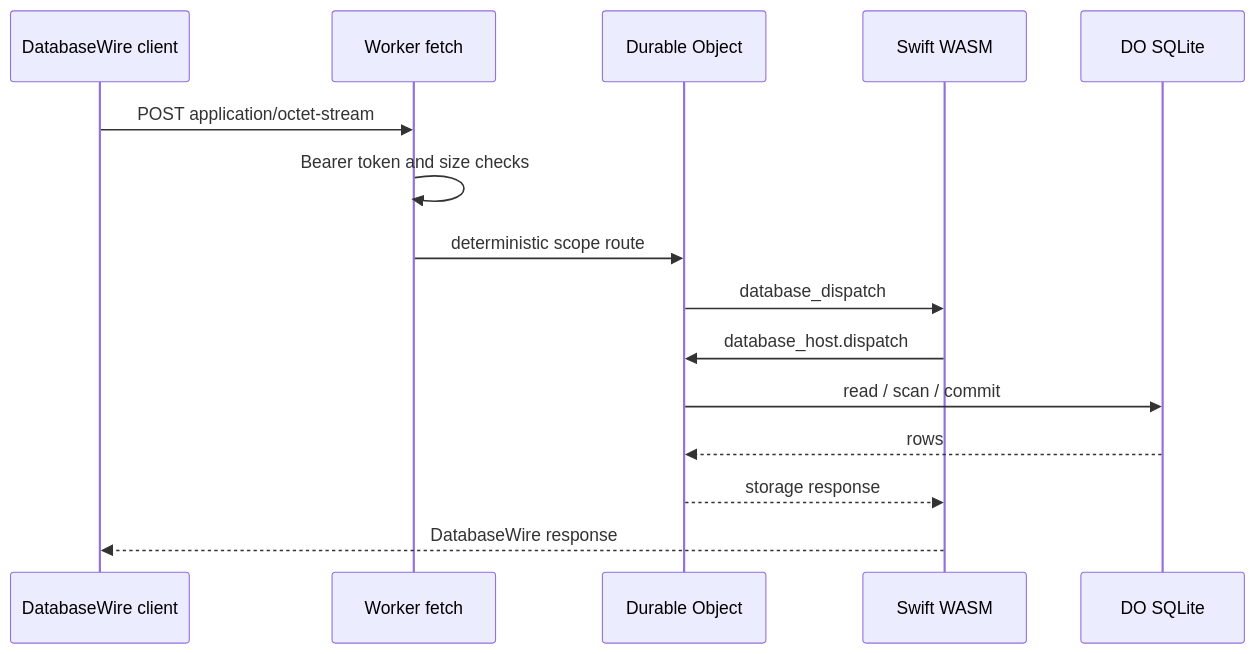
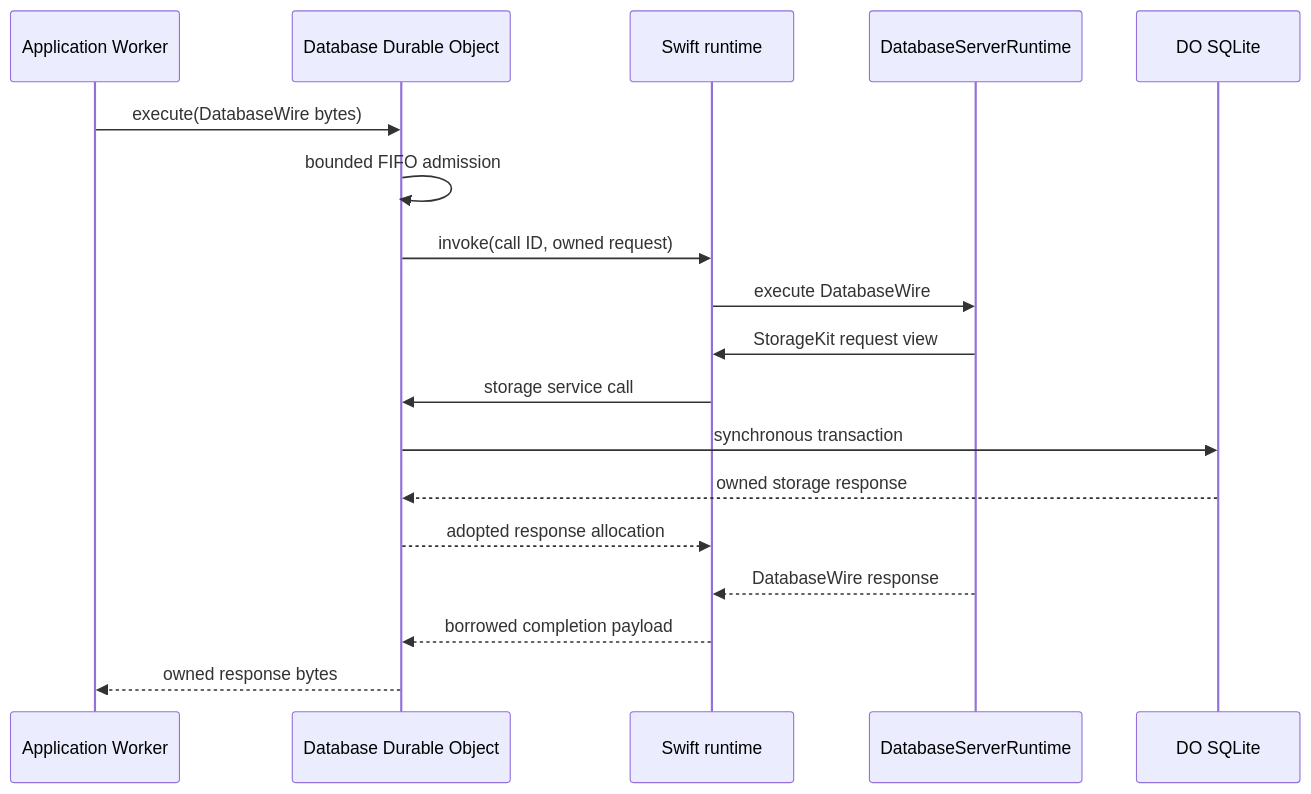
Before and after one commit to 1amageek/database-framework-cloudflare: the second of 2 diagrams in README.md, drawn with Mermaid. The commit also changed other lines of this file and 143 other files, not shown here.

Commit message:
Host full database runtime in Durable Objects

````diff
--- a/README.md
+++ b/README.md
@@ -152,18 +99,21 @@
 ```mermaid
 sequenceDiagram
-  participant Client as DatabaseWire client
-  participant Worker as Worker fetch
-  participant DO as Durable Object
-  participant WASM as Swift WASM
+  participant App as Application Worker
+  participant DO as Database Durable Object
+  participant Runtime as Swift runtime
+  participant Server as DatabaseServerRuntime
   participant SQLite as DO SQLite
 
-  Client->>Worker: POST application/octet-stream
-  Worker->>Worker: Bearer token and size checks
-  Worker->>DO: deterministic scope route
-  DO->>WASM: database_dispatch
-  WASM->>DO: database_host.dispatch
-  DO->>SQLite: read / scan / commit
-  SQLite-->>DO: rows
-  DO-->>WASM: storage response
-  WASM-->>Client: DatabaseWire response
+  App->>DO: execute(DatabaseWire bytes)
+  DO->>DO: bounded FIFO admission
+  DO->>Runtime: invoke(call ID, owned request)
+  Runtime->>Server: execute DatabaseWire
+  Server->>Runtime: StorageKit request view
+  Runtime->>DO: storage service call
+  DO->>SQLite: synchronous transaction
+  SQLite-->>DO: owned storage response
+  DO-->>Runtime: adopted response allocation
+  Server-->>Runtime: DatabaseWire response
+  Runtime-->>DO: borrowed completion payload
+  DO-->>App: owned response bytes
 ```
````
